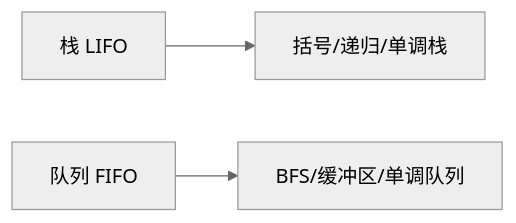
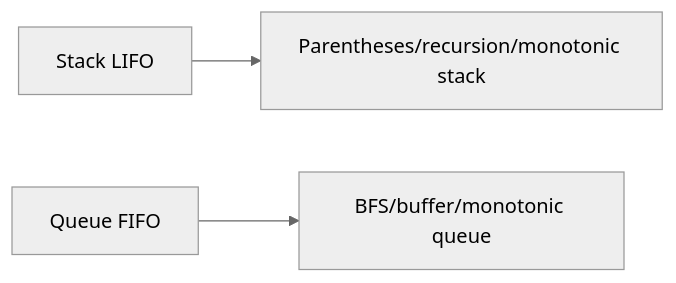
Before and after one commit to HONGLEI111/hhlblog-global: the diagram in src/content/technology/stack-queue.md, drawn with Mermaid (neutral theme). The commit also changed 33 other files, not shown here.

First line of the commit message:
content(code): 翻译 mermaid 图节点标签（34 文件 / 267 处）

````diff
--- a/src/content/technology/stack-queue.md
+++ b/src/content/technology/stack-queue.md
@@ -212,5 +212,5 @@
 ```mermaid
 graph LR
-    A[栈 LIFO] --> C[括号/递归/单调栈]
-    B[队列 FIFO] --> D[BFS/缓冲区/单调队列]
+    A[Stack LIFO] --> C[Parentheses/recursion/monotonic stack]
+    B[Queue FIFO] --> D[BFS/buffer/monotonic queue]
 ```
````
